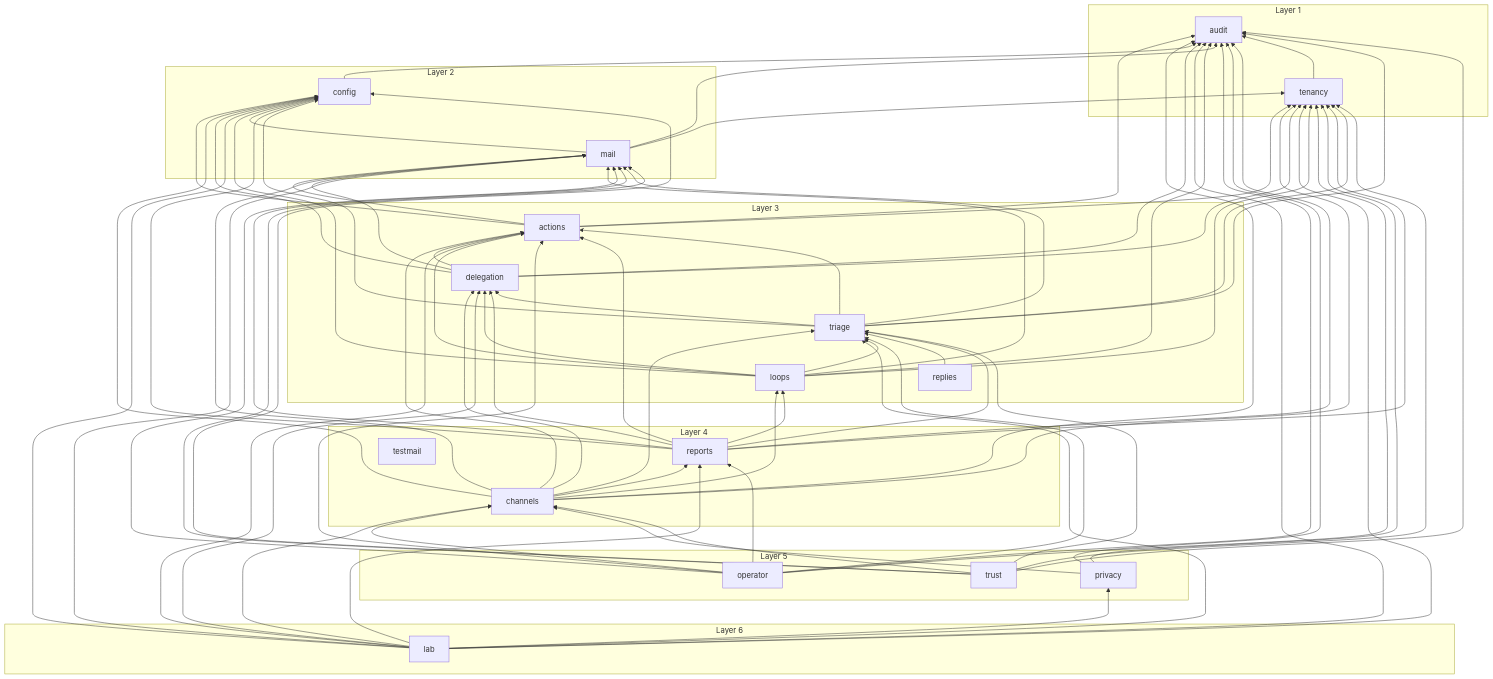
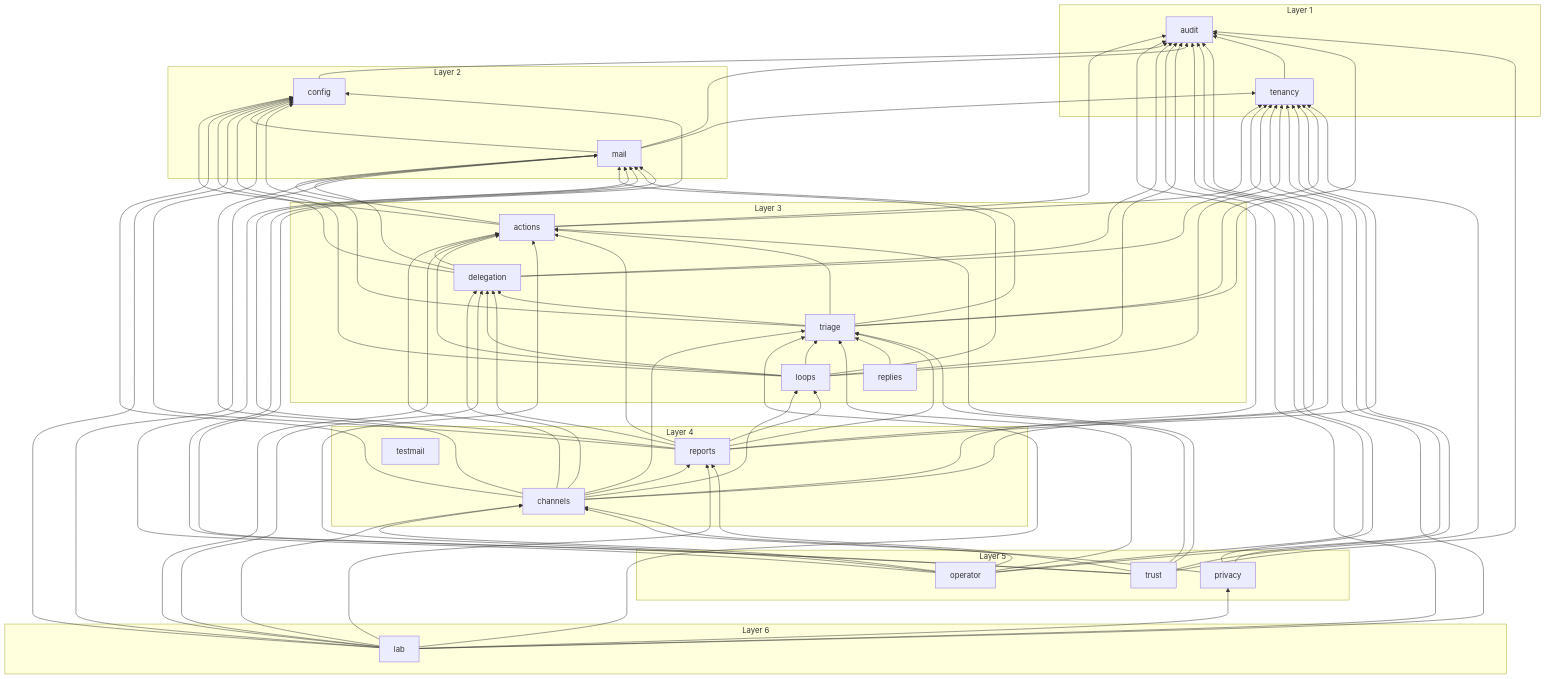
Before and after one commit to Artexs/email_assistant: the diagram in docs/diagrams/module-graph.md, drawn with Mermaid. The commit also changed 8 other files, not shown here.

Commit message:
F110 s09: move the corrections reader to the actions module; module graph

```diff
--- a/docs/diagrams/module-graph.md
+++ b/docs/diagrams/module-graph.md
@@ -99,6 +99,7 @@
   triage --> delegation
   triage --> mail
   triage --> tenancy
+  trust --> actions
   trust --> audit
   trust --> channels
   trust --> config
```
